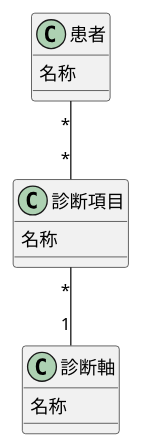
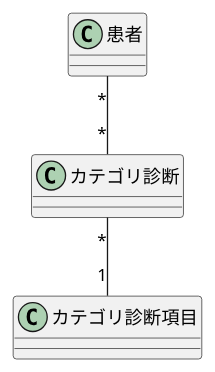
Before and after one commit to yinm/uml-modeling-lesson: the diagram in ch10/excercise/10-2.puml, drawn with PlantUML. The commit also changed 2 other files, not shown here.

```diff
--- a/ch10/excercise/10-2.puml
+++ b/ch10/excercise/10-2.puml
@@ -1,18 +1,10 @@
 @startuml
 
-class 患者 {
-  名称
-}
+class 患者
+class カテゴリ診断
+class カテゴリ診断項目
 
-class 診断項目 {
-  名称
-}
-
-class 診断軸 {
-  名称
-}
-
-患者 "*"--"*" 診断項目
-診断項目 "*"--"1" 診断軸
+患者 "*"--"*" カテゴリ診断
+カテゴリ診断 "*"--"1" カテゴリ診断項目
 
 @enduml
```
